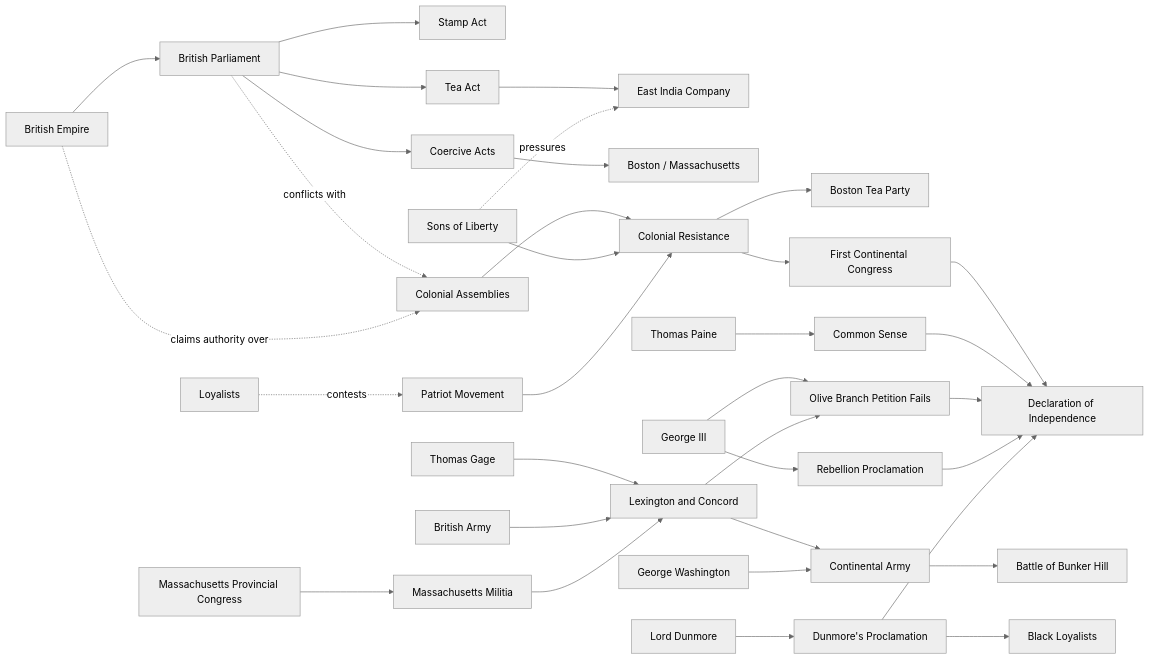
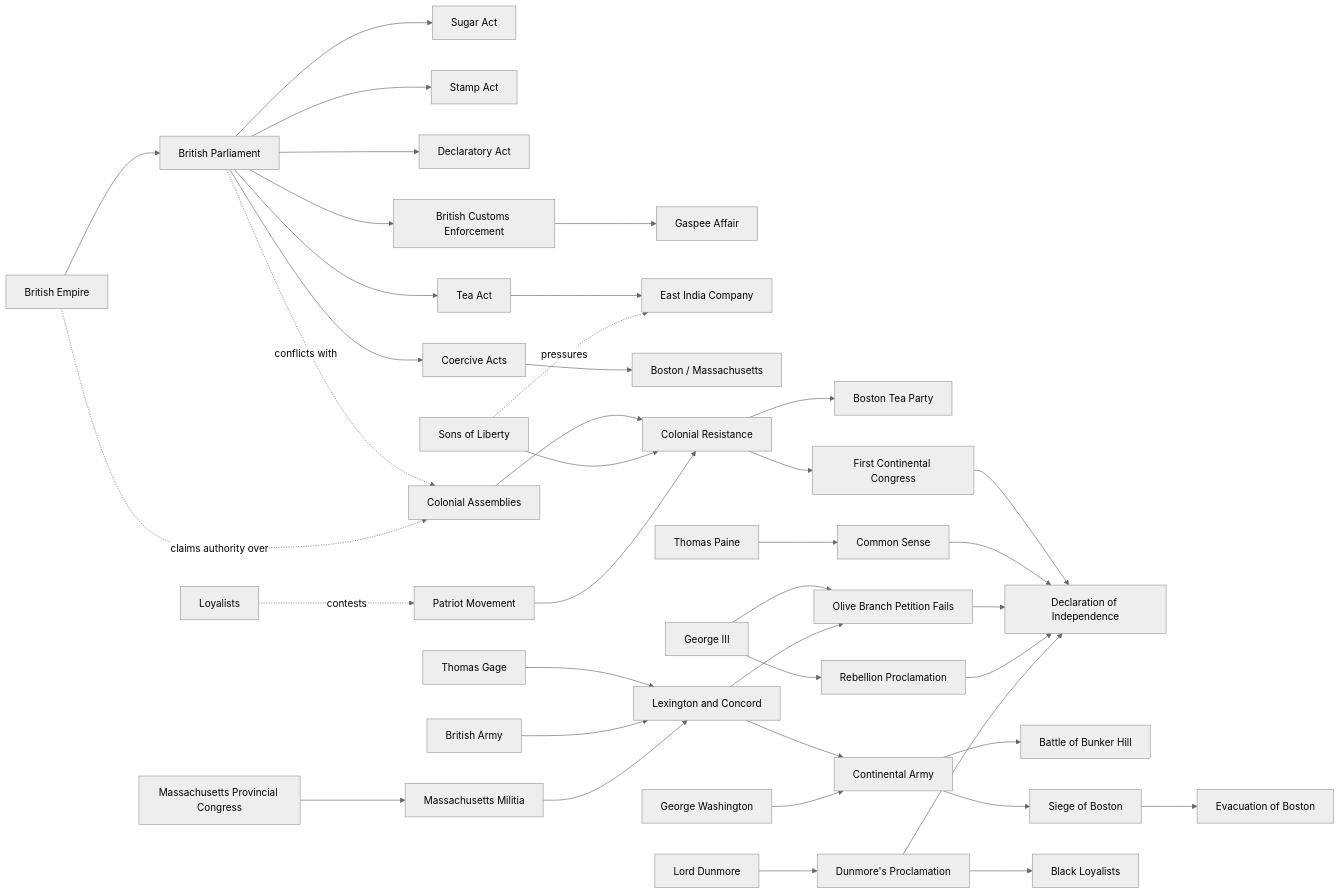
Before and after one commit to mattblethen/Causal-Atlas: the diagram in 09_Maps_Models/Actor_Maps/American Revolution Actor Map.md, drawn with Mermaid (neutral theme). The commit also changed other lines of this file and 33 other files, not shown here.

Commit message:
Add Revolution policy roots and Boston siege

````diff
--- a/09_Maps_Models/Actor_Maps/American Revolution Actor Map.md
+++ b/09_Maps_Models/Actor_Maps/American Revolution Actor Map.md
@@ -16,38 +17,44 @@
 ```mermaid
 flowchart LR
     BE["British Empire"] --> BP["British Parliament"]
+    BP --> SUG["Sugar Act"]
     BP --> SA["Stamp Act"]
+    BP --> DA["Declaratory Act"]
     BP --> TA["Tea Act"]
     BP --> COA["Coercive Acts"]
+    BP --> BCE["British Customs Enforcement"]
+    BCE --> GAS["Gaspee Affair"]
     TA --> EIC["East India Company"]
     COA --> BOS["Boston / Massachusetts"]
 
     CAS["Colonial Assemblies"] --> CR["Colonial Resistance"]
     SOL["Sons of Liberty"] --> CR
     PM["Patriot Movement"] --> CR
     CR --> BTP["Boston Tea Party"]
     CR --> FCC["First Continental Congress"]
     FCC --> DOI["Declaration of Independence"]
     TP["Thomas Paine"] --> CS["Common Sense"]
     CS --> DOI
     G3["George III"] --> OBP["Olive Branch Petition Fails"]
     G3 --> REB["Rebellion Proclamation"]
     OBP --> DOI
     REB --> DOI
     TG["Thomas Gage"] --> LC["Lexington and Concord"]
     BA["British Army"] --> LC
     MM["Massachusetts Militia"] --> LC
     MPC["Massachusetts Provincial Congress"] --> MM
     LC --> CTA["Continental Army"]
     GW["George Washington"] --> CTA
     CTA --> BH["Battle of Bunker Hill"]
+    CTA --> SB["Siege of Boston"]
+    SB --> EB["Evacuation of Boston"]
     LC --> OBP
     LOY["Loyalists"] -. contests .-> PM
     LD["Lord Dunmore"] --> DUN["Dunmore's Proclamation"]
     DUN --> BL["Black Loyalists"]
     DUN --> DOI
 
     BP -. conflicts with .-> CAS
     BE -. claims authority over .-> CAS
     SOL -. pressures .-> EIC
 ```
````
